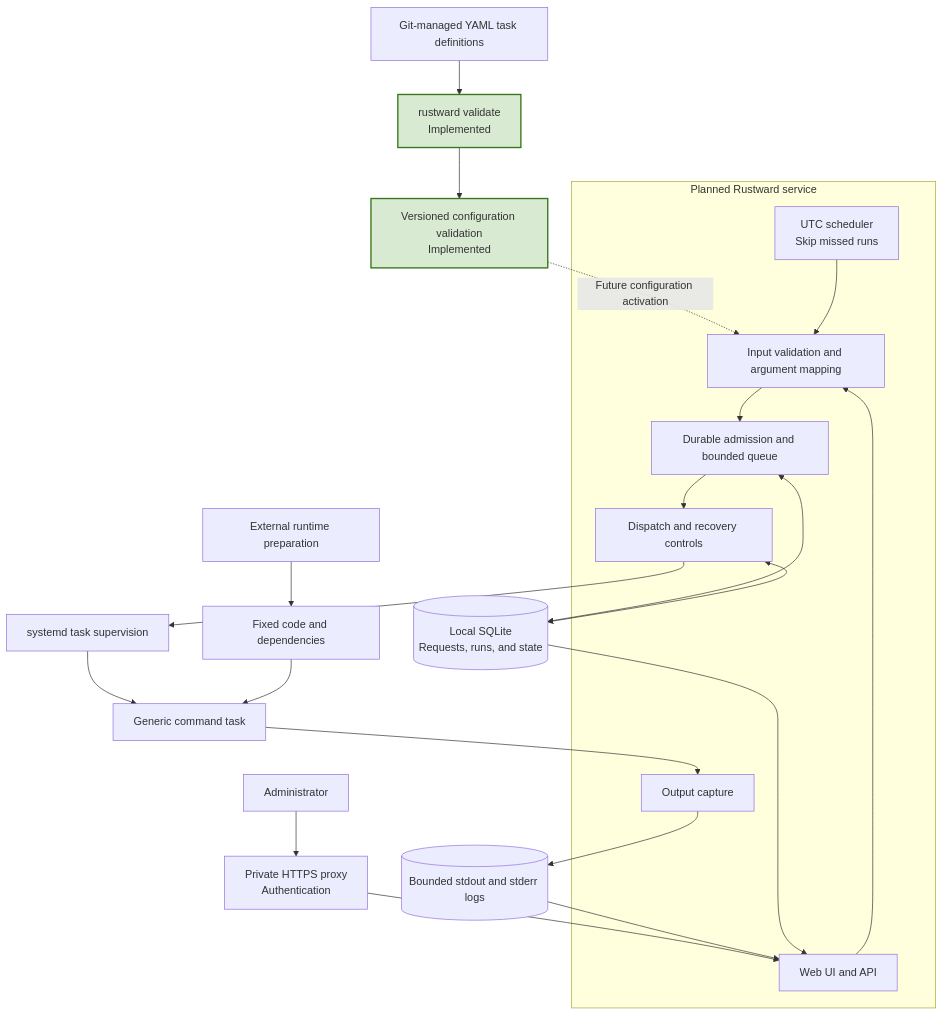
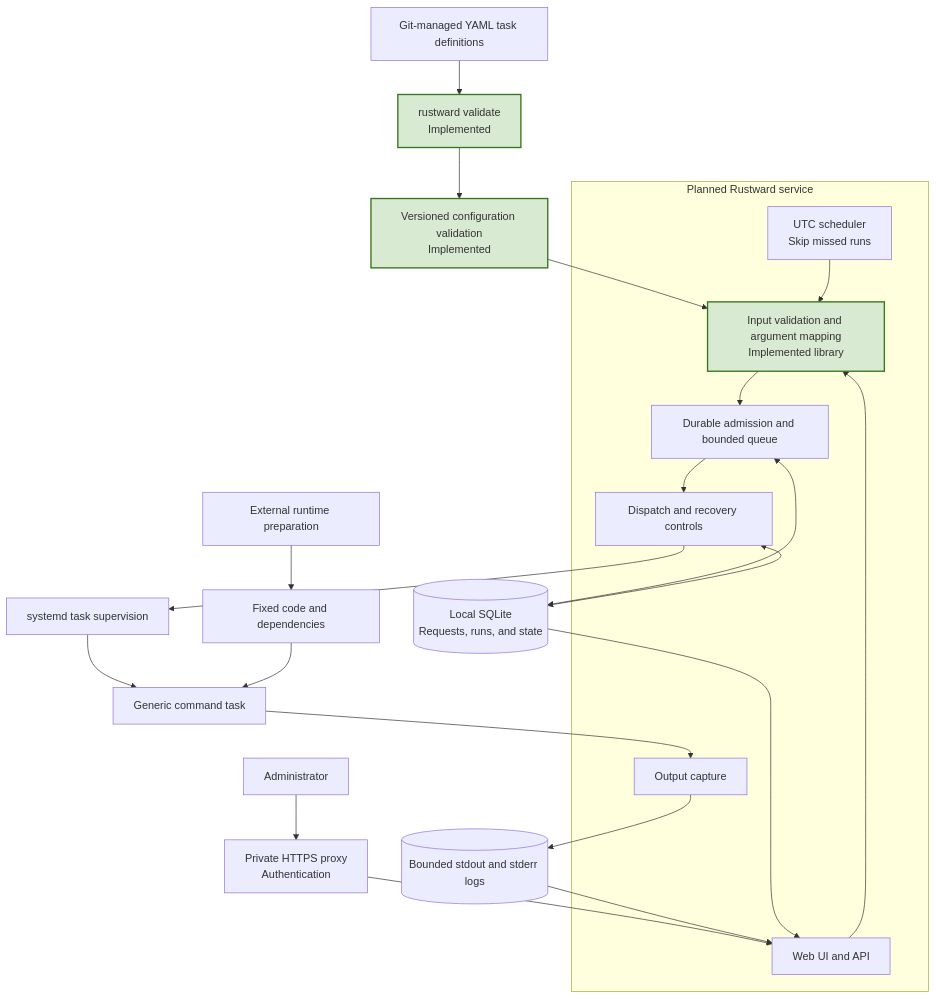
Before and after one commit to chrizpower/rustward: the diagram in docs/ARCHITECTURE.md, drawn with Mermaid. The commit also changed other lines of this file and 7 other files, not shown here.

````diff
--- a/docs/ARCHITECTURE.md
+++ b/docs/ARCHITECTURE.md
@@ -14,45 +15,45 @@
 ```mermaid
 flowchart TB
     Git["Git-managed YAML task definitions"]
     CLI["rustward validate<br/>Implemented"]
     Config["Versioned configuration validation<br/>Implemented"]
 
     Admin["Administrator"]
     Proxy["Private HTTPS proxy<br/>Authentication"]
 
     subgraph Service["Planned Rustward service"]
         UI["Web UI and API"]
         Cron["UTC scheduler<br/>Skip missed runs"]
-        Inputs["Input validation and argument mapping"]
+        Inputs["Input validation and argument mapping<br/>Implemented library"]
         Queue["Durable admission and bounded queue"]
         Dispatch["Dispatch and recovery controls"]
         Capture["Output capture"]
     end
 
     DB[("Local SQLite<br/>Requests, runs, and state")]
     Prepare["External runtime preparation"]
     Runtime["Fixed code and dependencies"]
     Systemd["systemd task supervision"]
     Task["Generic command task"]
     Logs[("Bounded stdout and stderr logs")]
 
     Git --> CLI --> Config
-    Config -. "Future configuration activation" .-> Inputs
+    Config --> Inputs
 
     Admin --> Proxy --> UI
     UI --> Inputs
     Cron --> Inputs
     Inputs --> Queue --> Dispatch
     Queue <--> DB
     Dispatch <--> DB
 
     Prepare --> Runtime
     Dispatch --> Systemd --> Task
     Runtime --> Task
     Task --> Capture --> Logs
     Logs --> UI
     DB --> UI
 
     classDef implemented fill:#d9ead3,stroke:#38761d,stroke-width:2px
-    class CLI,Config implemented
+    class CLI,Config,Inputs implemented
 ```
````
